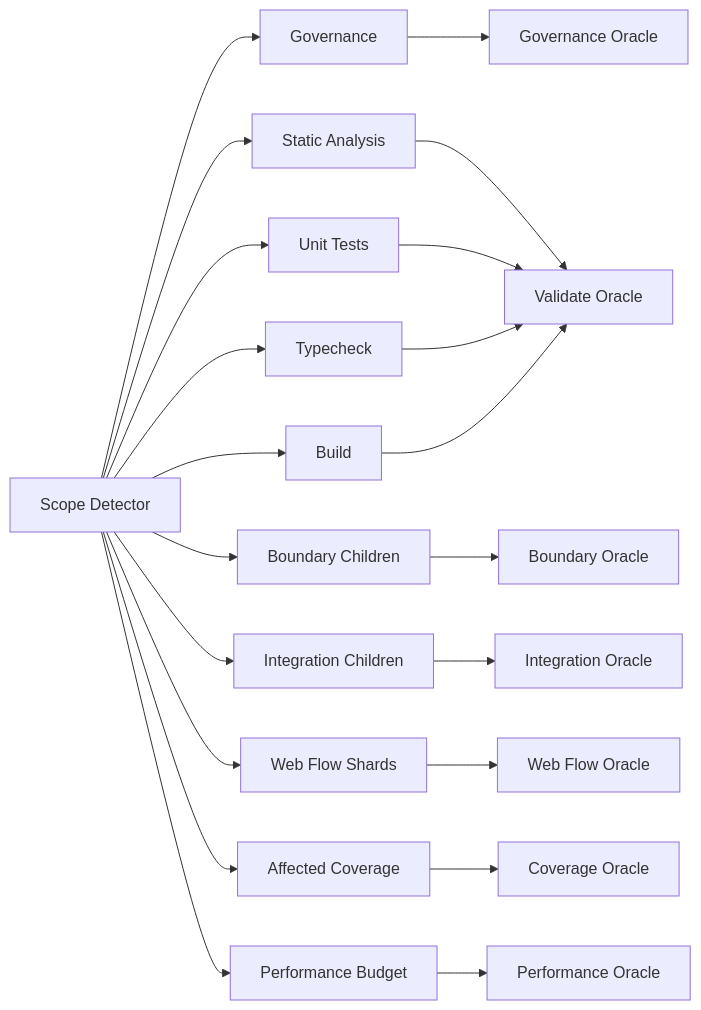
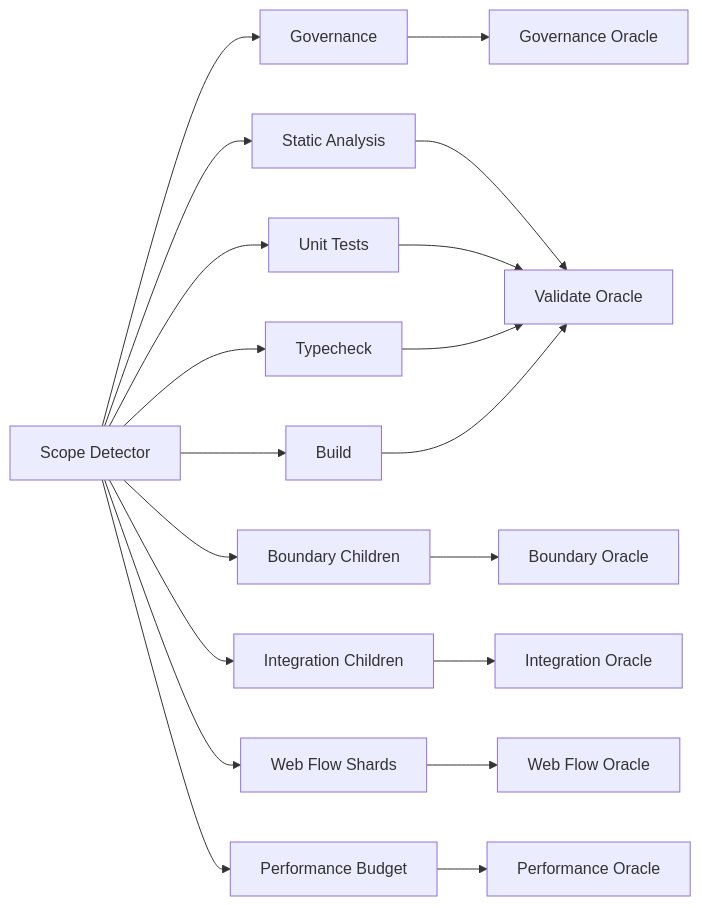
Before and after one commit to BakerSean168/memoflow: the diagram in docs/internals/testing/test-system-v2.md, drawn with Mermaid. The commit also changed other lines of this file and 98 other files, not shown here.

````diff
--- a/docs/internals/testing/test-system-v2.md
+++ b/docs/internals/testing/test-system-v2.md
@@ -176,24 +176,22 @@
 ```mermaid
 flowchart LR
   scope["Scope Detector"] --> governance["Governance"]
   scope --> static["Static Analysis"]
   scope --> unit["Unit Tests"]
   scope --> typecheck["Typecheck"]
   scope --> build["Build"]
   scope --> boundary["Boundary Children"]
   scope --> integration["Integration Children"]
   scope --> web["Web Flow Shards"]
-  scope --> coverage["Affected Coverage"]
   scope --> perf["Performance Budget"]
 
   governance --> governanceOracle["Governance Oracle"]
   static --> validateOracle["Validate Oracle"]
   unit --> validateOracle
   typecheck --> validateOracle
   build --> validateOracle
   boundary --> boundaryOracle["Boundary Oracle"]
   integration --> integrationOracle["Integration Oracle"]
   web --> webOracle["Web Flow Oracle"]
-  coverage --> coverageOracle["Coverage Oracle"]
   perf --> perfOracle["Performance Oracle"]
 ```
````
